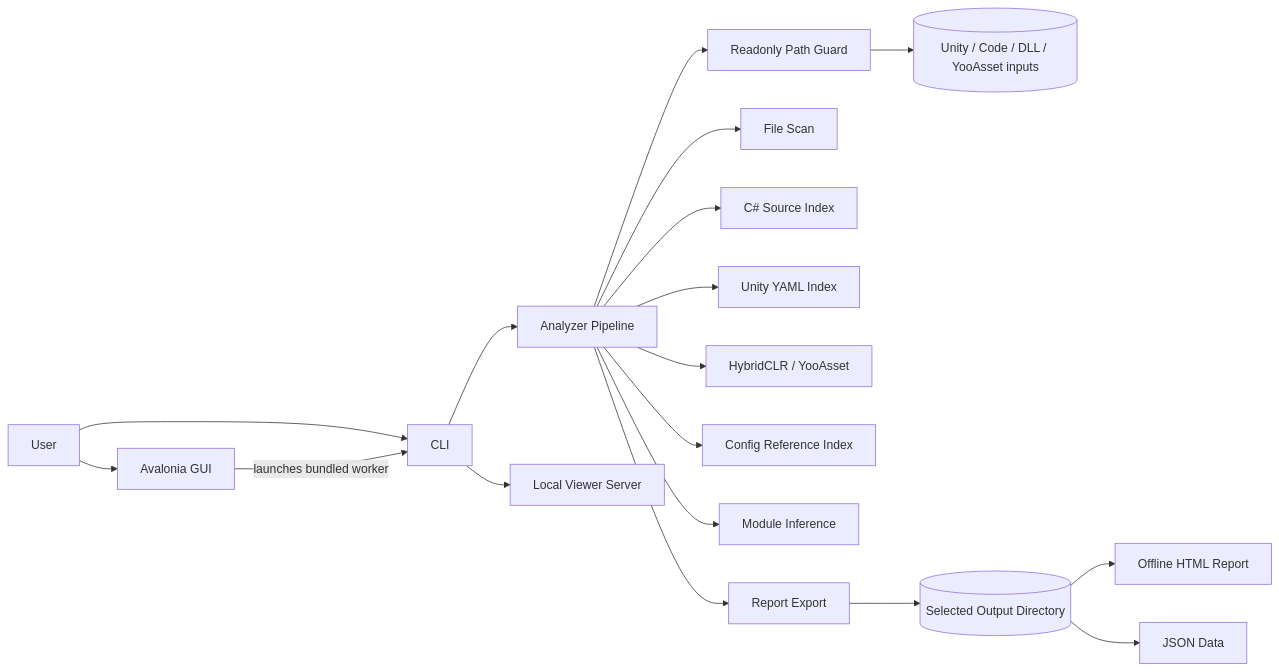
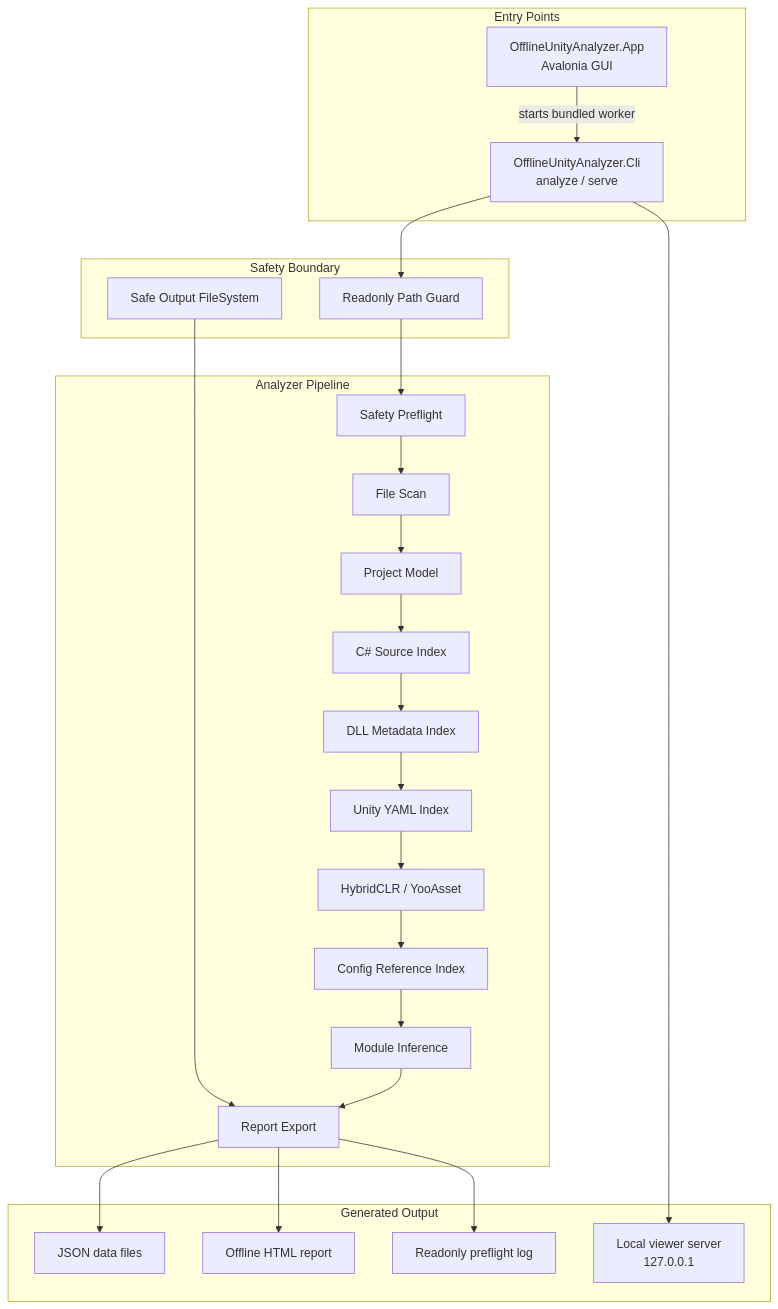
Before and after one commit to xiaoyunhai0/OfflineUnityAnalyzer: the diagram in README.md, drawn with Mermaid. The commit also changed other lines of this file and 1 other file, not shown here.

````diff
--- a/README.md
+++ b/README.md
@@ -53,22 +79,42 @@
 ```mermaid
-flowchart LR
-    User[User] --> App[Avalonia GUI]
-    User --> Cli[CLI]
-    App -->|launches bundled worker| Cli
-    Cli --> Pipeline[Analyzer Pipeline]
+flowchart TB
+    subgraph Entry["Entry Points"]
+        App["OfflineUnityAnalyzer.App<br/>Avalonia GUI"]
+        Cli["OfflineUnityAnalyzer.Cli<br/>analyze / serve"]
+    end
 
-    Pipeline --> Guard[Readonly Path Guard]
-    Pipeline --> Scan[File Scan]
-    Pipeline --> Source[C# Source Index]
-    Pipeline --> Unity[Unity YAML Index]
-    Pipeline --> HotUpdate[HybridCLR / YooAsset]
-    Pipeline --> Config[Config Reference Index]
-    Pipeline --> Modules[Module Inference]
-    Pipeline --> Report[Report Export]
+    subgraph Safety["Safety Boundary"]
+        Guard["Readonly Path Guard"]
+        SafeFs["Safe Output FileSystem"]
+    end
 
-    Guard --> Inputs[(Unity / Code / DLL / YooAsset inputs)]
-    Report --> Output[(Selected Output Directory)]
-    Output --> Html[Offline HTML Report]
-    Output --> Json[JSON Data]
-    Cli --> Server[Local Viewer Server]
+    subgraph Pipeline["Analyzer Pipeline"]
+        Preflight["Safety Preflight"]
+        FileScan["File Scan"]
+        ProjectModel["Project Model"]
+        Source["C# Source Index"]
+        Dll["DLL Metadata Index"]
+        UnityYaml["Unity YAML Index"]
+        HotUpdate["HybridCLR / YooAsset"]
+        Config["Config Reference Index"]
+        Modules["Module Inference"]
+        Export["Report Export"]
+    end
+
+    subgraph Outputs["Generated Output"]
+        Json["JSON data files"]
+        Html["Offline HTML report"]
+        Logs["Readonly preflight log"]
+        Viewer["Local viewer server<br/>127.0.0.1"]
+    end
+
+    App -->|starts bundled worker| Cli
+    Cli --> Guard
+    Guard --> Preflight
+    SafeFs --> Export
+    Preflight --> FileScan --> ProjectModel --> Source --> Dll --> UnityYaml --> HotUpdate --> Config --> Modules --> Export
+    Export --> Json
+    Export --> Html
+    Export --> Logs
+    Cli --> Viewer
 ```
````
